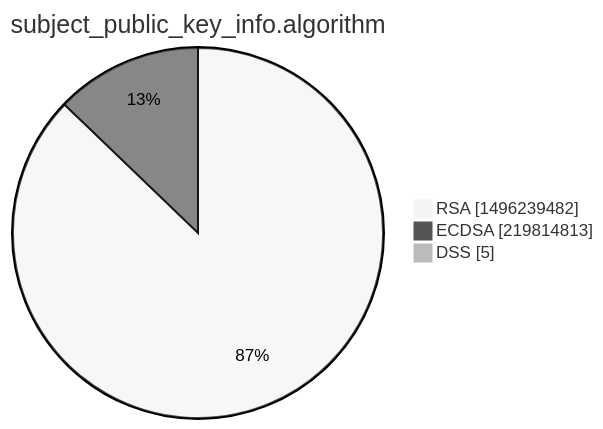
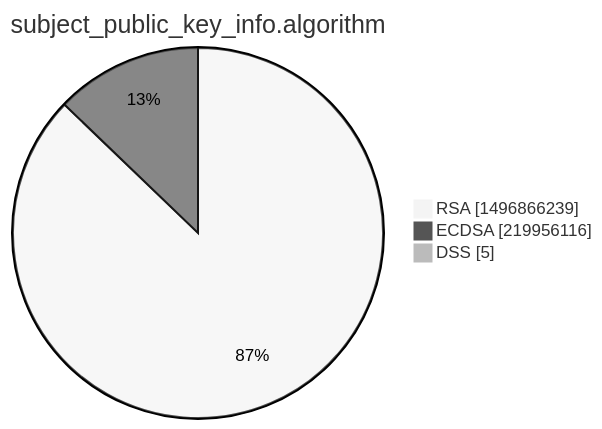
The third of 15 diagrams in xenon2022/README.md (christiankrug/ctmonitor_visualization), drawn with Mermaid (neutral theme) before and after one commit. The commit also changed other lines of this file, not shown here.

````diff
--- a/xenon2022/README.md
+++ b/xenon2022/README.md
@@ -14,7 +14,7 @@
 ```mermaid
 pie showData
 title subject_public_key_info.algorithm
-"RSA" :1496239482
-"ECDSA" :219814813
+"RSA" :1496866239
+"ECDSA" :219956116
 "DSS" :5
 ```
````
